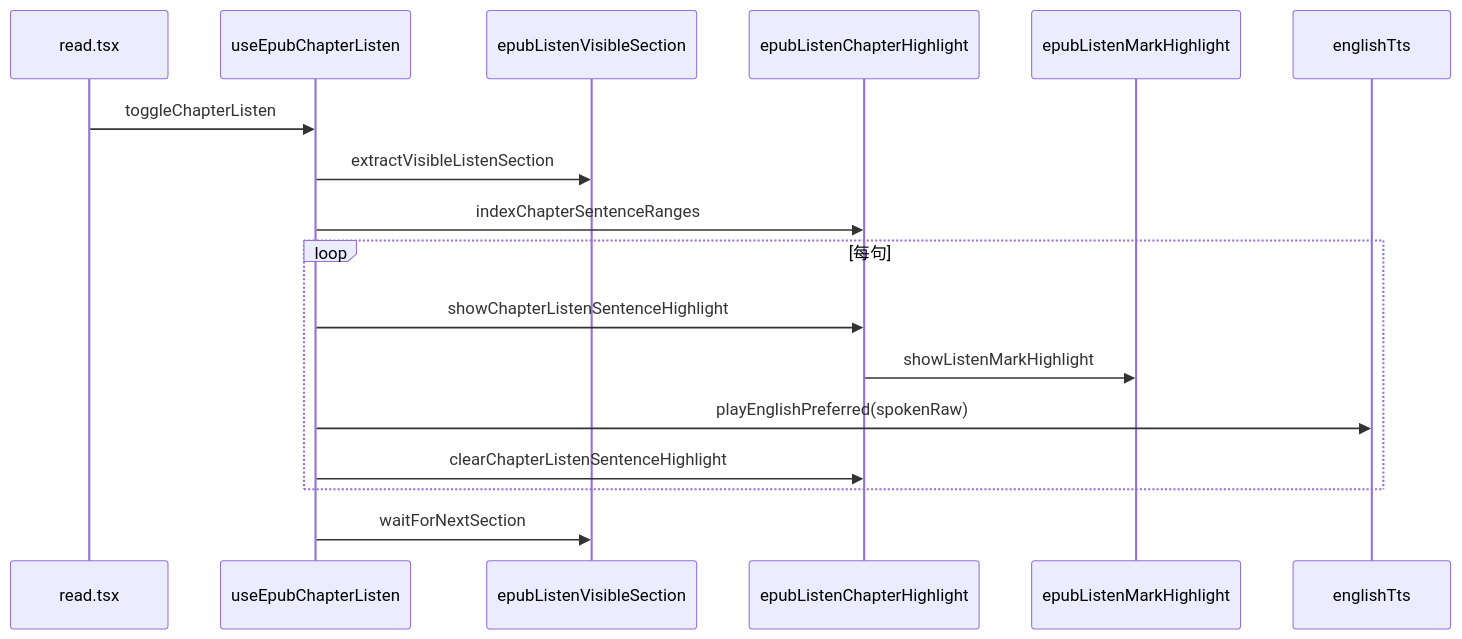
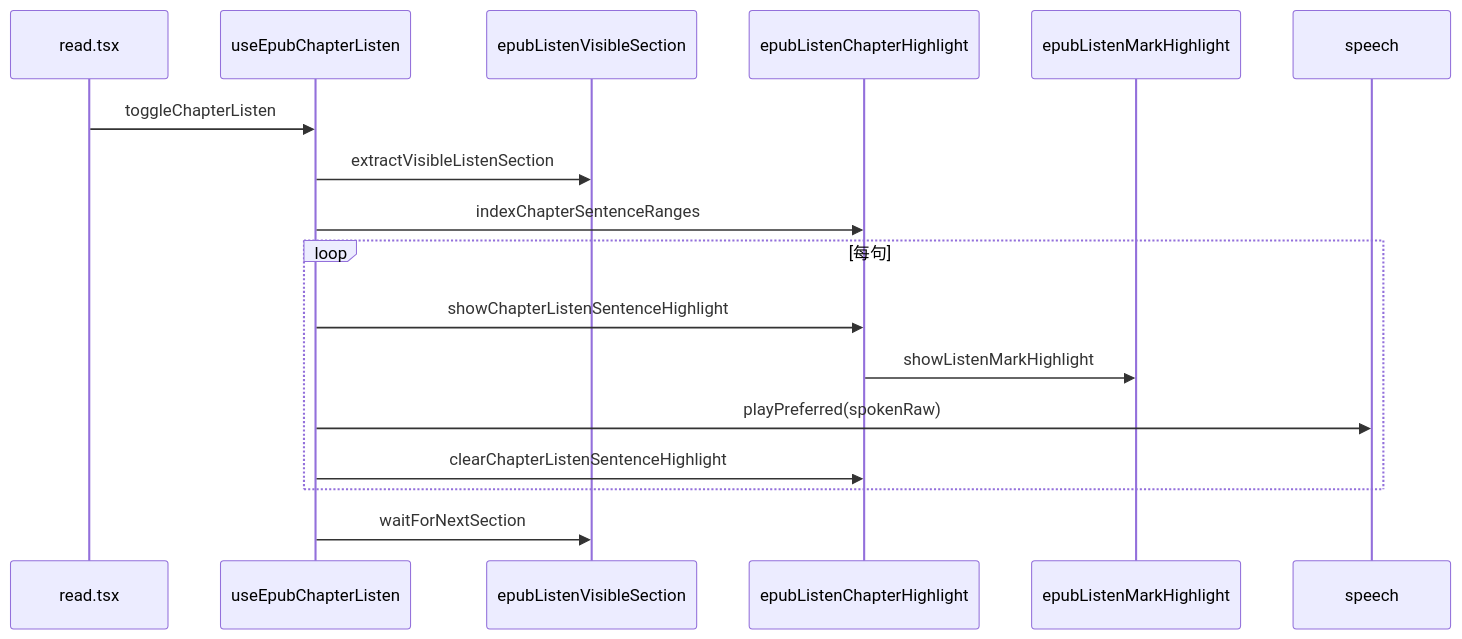
The diagram in docs/ebook/epub-chapter-listen.md (dnhyxc/dnhyxc-ai), drawn with Mermaid before and after one commit. The commit also changed other lines of this file and 111 other files, not shown here.

````diff
--- a/docs/ebook/epub-chapter-listen.md
+++ b/docs/ebook/epub-chapter-listen.md
@@ -56,20 +56,20 @@
 ```mermaid
 sequenceDiagram
   participant UI as read.tsx
   participant Hook as useEpubChapterListen
   participant Sec as epubListenVisibleSection
   participant HL as epubListenChapterHighlight
   participant Mark as epubListenMarkHighlight
-  participant TTS as englishTts
+  participant TTS as speech
 
   UI->>Hook: toggleChapterListen
   Hook->>Sec: extractVisibleListenSection
   Hook->>HL: indexChapterSentenceRanges
   loop 每句
     Hook->>HL: showChapterListenSentenceHighlight
     HL->>Mark: showListenMarkHighlight
-    Hook->>TTS: playEnglishPreferred(spokenRaw)
+    Hook->>TTS: playPreferred(spokenRaw)
     Hook->>HL: clearChapterListenSentenceHighlight
   end
   Hook->>Sec: waitForNextSection
 ```
````
